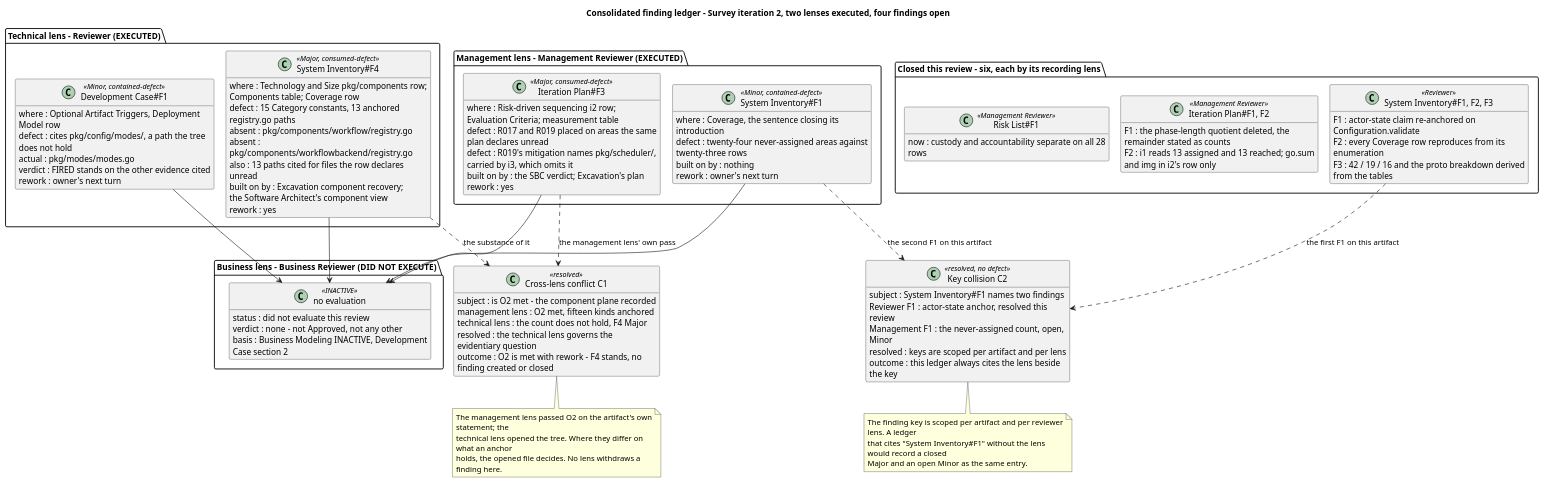
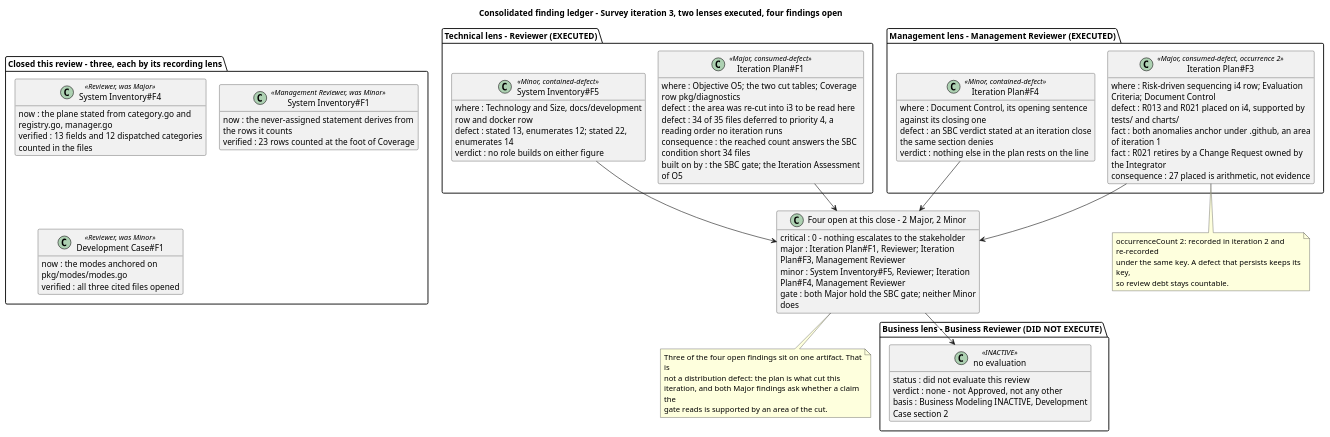
One commit to banense-test/dapr changed the seventh of 14 diagrams in docs/artifacts/project-management/review-record.md. Above: the diagram before and after it, drawn with PlantUML. The commit also changed other lines of this file, not shown here.

Commit message:
Review Coordinator [Survey3]: upsert Review Record
[skip ci]

````diff
--- a/docs/artifacts/project-management/review-record.md
+++ b/docs/artifacts/project-management/review-record.md
@@ -655,47 +653,39 @@
 ```plantuml
 @startuml
-title Consolidated finding ledger - Survey iteration 2, two lenses executed, four findings open
+title Consolidated finding ledger - Survey iteration 3, two lenses executed, four findings open
 hide empty members
 skinparam classAttributeIconSize 0
 skinparam wrapWidth 340
-skinparam nodesep 20
-skinparam ranksep 44
+skinparam nodesep 22
+skinparam ranksep 46
 
 package "Technical lens - Reviewer (EXECUTED)" {
-  class "System Inventory#F4" as SIF4 <<Major, consumed-defect>> {
-    where : Technology and Size pkg/components row;
-            Components table; Coverage row
-    defect : 15 Category constants, 13 anchored registry.go paths
-    absent : pkg/components/workflow/registry.go
-    absent : pkg/components/workflowbackend/registry.go
-    also : 13 paths cited for files the row declares unread
-    built on by : Excavation component recovery;
-                  the Software Architect's component view
-    rework : yes
+  class "Iteration Plan#F1" as IP_F1 <<Major, consumed-defect>> {
+    where : Objective O5; the two cut tables; Coverage row pkg/diagnostics
+    defect : the area was re-cut into i3 to be read here
+    defect : 34 of 35 files deferred to priority 4, a reading order no iteration runs
+    consequence : the reached count answers the SBC condition short 34 files
+    built on by : the SBC gate; the Iteration Assessment of O5
   }
-  class "Development Case#F1" as DCF1 <<Minor, contained-defect>> {
-    where : Optional Artifact Triggers, Deployment Model row
-    defect : cites pkg/config/modes/, a path the tree does not hold
-    actual : pkg/modes/modes.go
-    verdict : FIRED stands on the other evidence cited
-    rework : owner's next turn
+  class "System Inventory#F5" as SI_F5 <<Minor, contained-defect>> {
+    where : Technology and Size, docs/development row and docker row
+    defect : stated 13, enumerates 12; stated 22, enumerates 14
+    verdict : no role builds on either figure
   }
 }
 
 package "Management lens - Management Reviewer (EXECUTED)" {
-  class "Iteration Plan#F3" as IPF3 <<Major, consumed-defect>> {
-    where : Risk-driven sequencing i2 row;
-            Evaluation Criteria; measurement table
-    defect : R017 and R019 placed on areas the same plan declares unread
-    defect : R019's mitigation names pkg/scheduler/, carried by i3, which omits it
-    built on by : the SBC verdict; Excavation's plan
-    rework : yes
+  class "Iteration Plan#F3" as IP_F3 <<Major, consumed-defect, occurrence 2>> {
+    where : Risk-driven sequencing i4 row; Evaluation Criteria; Document Control
+    defect : R013 and R021 placed on i4, supported by tests/ and charts/
+    fact : both anomalies anchor under .github, an area of iteration 1
+    fact : R021 retires by a Change Request owned by the Integrator
+    consequence : 27 placed is arithmetic, not evidence
   }
-  class "System Inventory#F1" as SIF1M <<Minor, contained-defect>> {
-    where : Coverage, the sentence closing its introduction
-    defect : twenty-four never-assigned areas against twenty-three rows
-    built on by : nothing
-    rework : owner's next turn
+  class "Iteration Plan#F4" as IP_F4 <<Minor, contained-defect>> {
+    where : Document Control, its opening sentence against its closing one
+    defect : an SBC verdict stated at an iteration close the same section denies
+    verdict : nothing else in the plan rests on the line
   }
 }
 
@@ -707,55 +697,44 @@
   }
 }
 
-package "Closed this review - six, each by its recording lens" {
-  class "System Inventory#F1, F2, F3" as SICL <<Reviewer>> {
-    F1 : actor-state claim re-anchored on Configuration.validate
-    F2 : every Coverage row reproduces from its enumeration
-    F3 : 42 / 19 / 16 and the proto breakdown derived from the tables
+package "Closed this review - three, each by its recording lens" {
+  class "System Inventory#F4" as SI_F4 <<Reviewer, was Major>> {
+    now : the plane stated from category.go and registry.go, manager.go
+    verified : 13 fields and 12 dispatched categories counted in the files
   }
-  class "Iteration Plan#F1, F2" as IPCL <<Management Reviewer>> {
-    F1 : the phase-length quotient deleted, the remainder stated as counts
-    F2 : i1 reads 13 assigned and 13 reached; go.sum and img in i2's row only
+  class "System Inventory#F1" as SI_F1M <<Management Reviewer, was Minor>> {
+    now : the never-assigned statement derives from the rows it counts
+    verified : 23 rows counted at the foot of Coverage
   }
-  class "Risk List#F1" as RLCL <<Management Reviewer>> {
-    now : custody and accountability separate on all 28 rows
+  class "Development Case#F1" as DC_F1 <<Reviewer, was Minor>> {
+    now : the modes anchored on pkg/modes/modes.go
+    verified : all three cited files opened
   }
 }
 
-class "Cross-lens conflict C1" as C1 <<resolved>> {
-  subject : is O2 met - the component plane recorded
-  management lens : O2 met, fifteen kinds anchored
-  technical lens : the count does not hold, F4 Major
-  resolved : the technical lens governs the evidentiary question
-  outcome : O2 is met with rework - F4 stands, no finding created or closed
+class "Four open at this close - 2 Major, 2 Minor" as TOT {
+  critical : 0 - nothing escalates to the stakeholder
+  major : Iteration Plan#F1, Reviewer; Iteration Plan#F3, Management Reviewer
+  minor : System Inventory#F5, Reviewer; Iteration Plan#F4, Management Reviewer
+  gate : both Major hold the SBC gate; neither Minor does
 }
 
-class "Key collision C2" as C2 <<resolved, no defect>> {
-  subject : System Inventory#F1 names two findings
-  Reviewer F1 : actor-state anchor, resolved this review
-  Management F1 : the never-assigned count, open, Minor
-  resolved : keys are scoped per artifact and per lens
-  outcome : this ledger always cites the lens beside the key
-}
+IP_F1 --> TOT
+SI_F5 --> TOT
+IP_F3 --> TOT
+IP_F4 --> TOT
+TOT --> BIZ
 
-SIF4 ..> C1 : the substance of it
-IPF3 ..> C1 : the management lens' own pass
-SIF1M ..> C2 : the second F1 on this artifact
-SICL ..> C2 : the first F1 on this artifact
-SIF4 --> BIZ
-DCF1 --> BIZ
-IPF3 --> BIZ
-SIF1M --> BIZ
-
-note bottom of C1
-  The management lens passed O2 on the artifact's own statement; the
-  technical lens opened the tree. Where they differ on what an anchor
-  holds, the opened file decides. No lens withdraws a finding here.
+note bottom of IP_F3
+  occurrenceCount 2: recorded in iteration 2 and re-recorded
+  under the same key. A defect that persists keeps its key,
+  so review debt stays countable.
 end note
-note bottom of C2
-  The finding key is scoped per artifact and per reviewer lens. A ledger
-  that cites "System Inventory#F1" without the lens would record a closed
-  Major and an open Minor as the same entry.
+note bottom of TOT
+  Three of the four open findings sit on one artifact. That is
+  not a distribution defect: the plan is what cut this
+  iteration, and both Major findings ask whether a claim the
+  gate reads is supported by an area of the cut.
 end note
 @enduml
 ```
````
